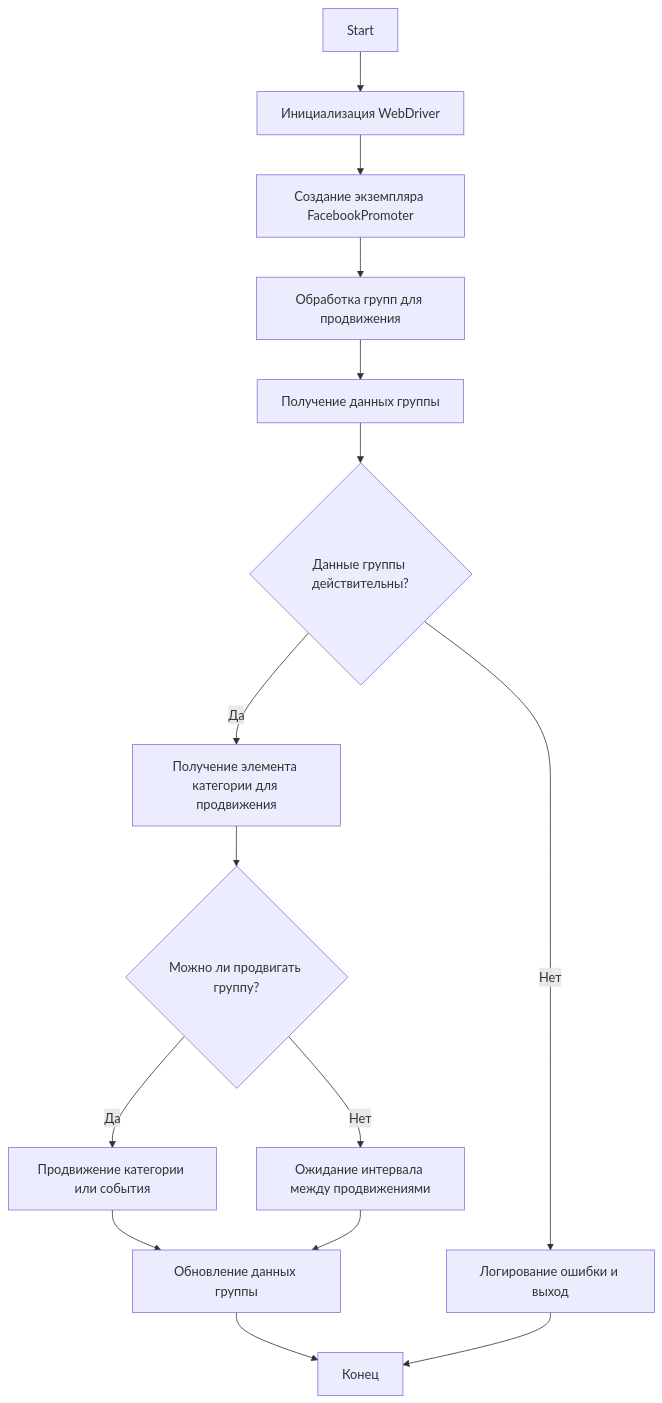
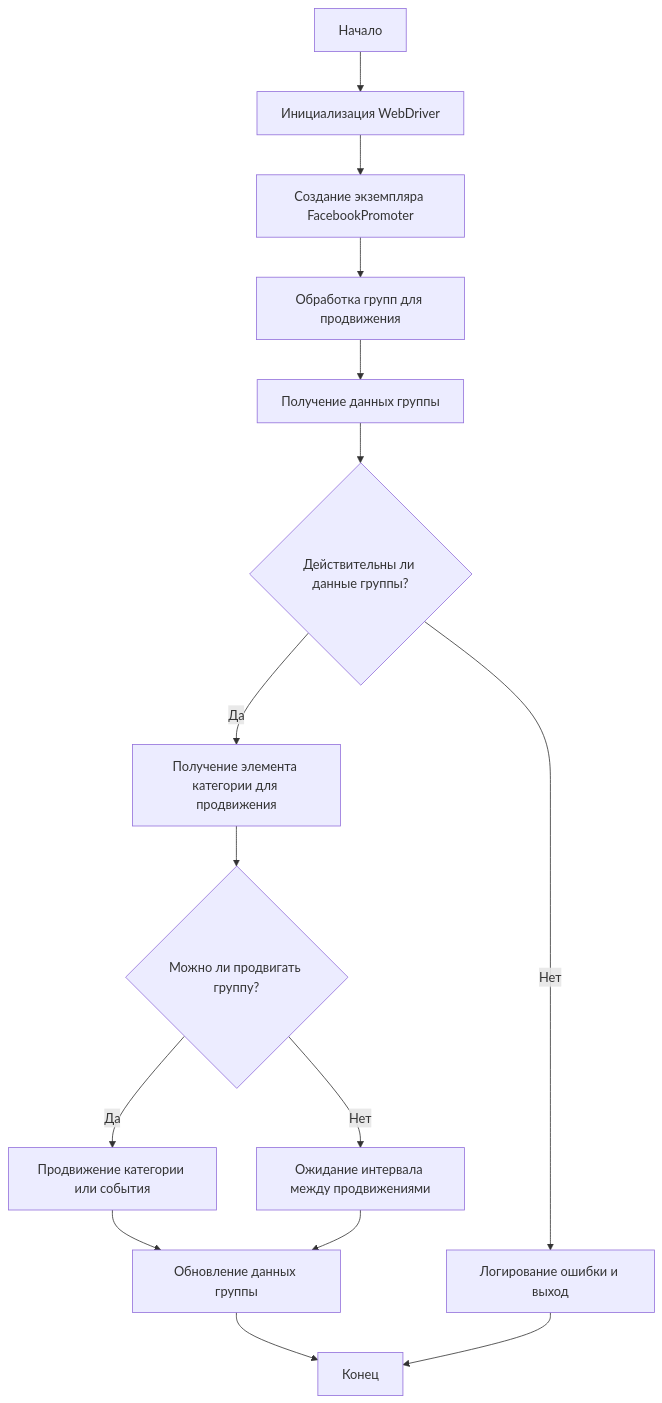
The diagram in docs/gemini/ru/doc/src/endpoints/advertisement/facebook/promoter.md.md (hypo69/hypo), drawn with Mermaid before and after one commit. The commit also changed other lines of this file and 1300 other files, not shown here.

````diff
--- a/docs/gemini/ru/doc/src/endpoints/advertisement/facebook/promoter.md.md
+++ b/docs/gemini/ru/doc/src/endpoints/advertisement/facebook/promoter.md.md
@@ -27,17 +27,17 @@
 ```mermaid
 flowchart TD
-    A[Start] --> B[Инициализация WebDriver];
+    A[Начало] --> B[Инициализация WebDriver];
     B --> C[Создание экземпляра FacebookPromoter];
     C --> D[Обработка групп для продвижения];
     D --> E[Получение данных группы];
-    E --> F{Данные группы действительны?};
+    E --> F{Действительны ли данные группы?};
     F -- Да --> G[Получение элемента категории для продвижения];
     F -- Нет --> H[Логирование ошибки и выход];
     G --> I{Можно ли продвигать группу?};
     I -- Да --> J[Продвижение категории или события];
     I -- Нет --> K[Ожидание интервала между продвижениями];
     J --> L[Обновление данных группы];
     K --> L;
     L --> M[Конец];
     H --> M;
 ```
````
